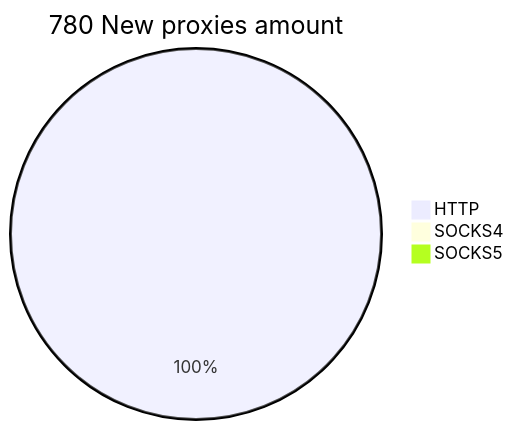
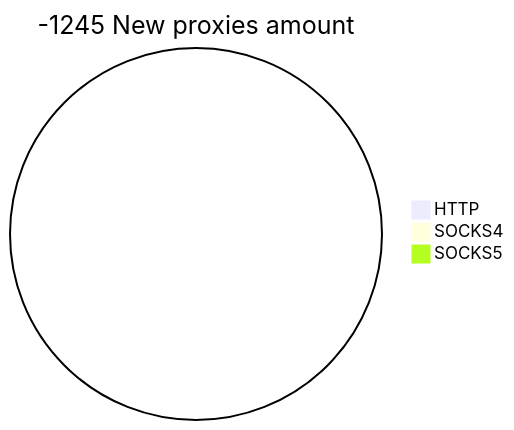
Before and after one commit to cutipu/proxylist: the second of 2 diagrams in README.md, drawn with Mermaid. The commit also changed other lines of this file, not shown here.

````diff
--- a/README.md
+++ b/README.md
@@ -10,6 +10,6 @@
 ```mermaid
-pie title 780 New proxies amount
-    "HTTP" : 779
+pie title -1245 New proxies amount
+    "HTTP" : 0
     "SOCKS4" : 0
-    "SOCKS5" : 1
+    "SOCKS5" : 0
 ```
````
